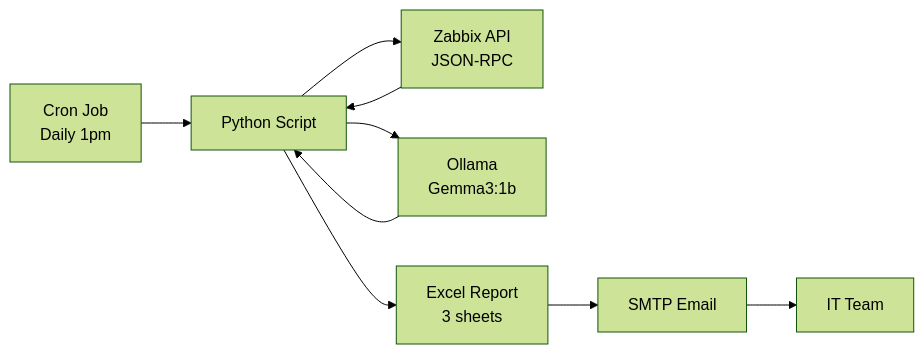
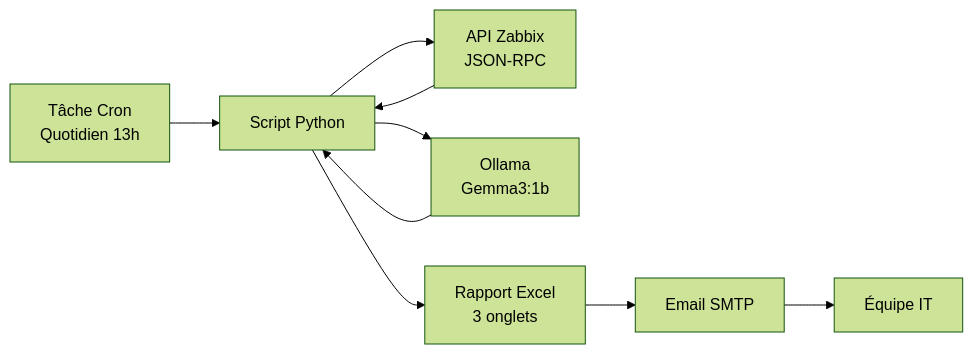
The first of 2 diagrams in README.md (Yukouf/Zabbix-Auto-Report), drawn with Mermaid (forest theme) before and after one commit. The commit also changed other lines of this file, not shown here.

````diff
--- a/README.md
+++ b/README.md
@@ -24,11 +24,11 @@
 ```mermaid
 graph LR
-    A[Cron Job<br/>Daily 1pm] --> B[Python Script]
-    B --> C[Zabbix API<br/>JSON-RPC]
+    A[Tâche Cron<br/>Quotidien 13h] --> B[Script Python]
+    B --> C[API Zabbix<br/>JSON-RPC]
     C --> B
     B --> D[Ollama<br/>Gemma3:1b]
     D --> B
-    B --> E[Excel Report<br/>3 sheets]
-    E --> F[SMTP Email]
-    F --> G[IT Team]
+    B --> E[Rapport Excel<br/>3 onglets]
+    E --> F[Email SMTP]
+    F --> G[Équipe IT]
 ```
````
